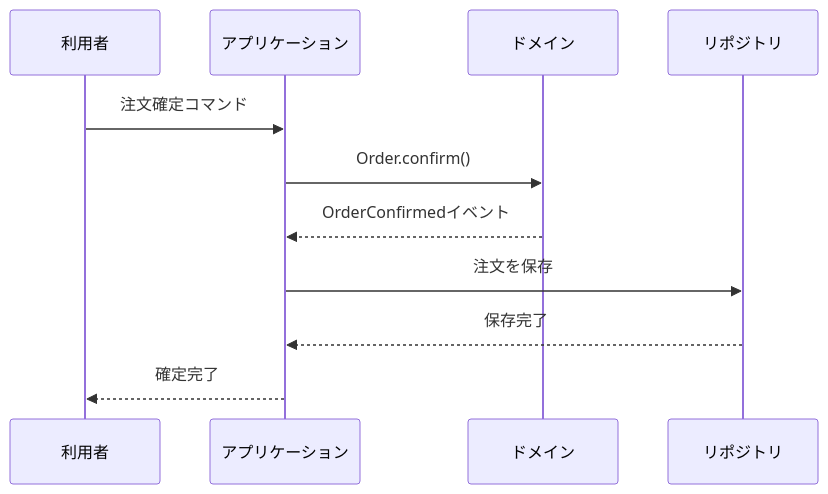
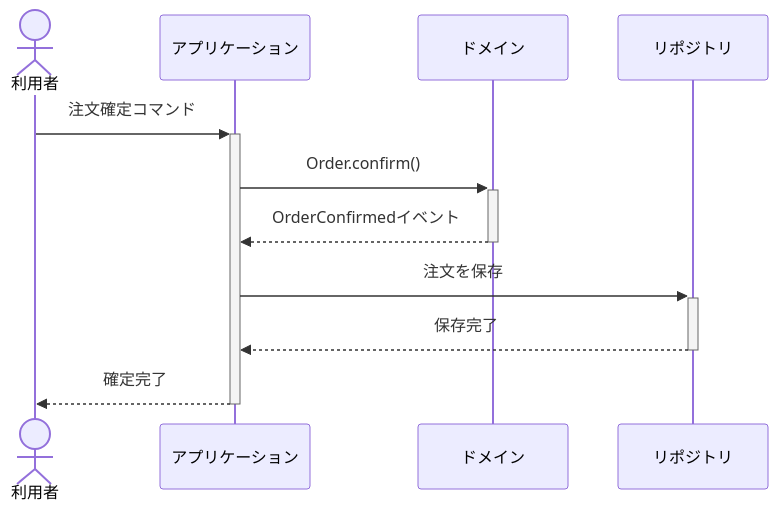
The sixth of 8 diagrams in .claude/skills/mermaid-guide/references/pattern-sequence.md (daidaiiro-519/has-udd), drawn with Mermaid before and after one commit. The commit also changed other lines of this file and 26 other files, not shown here.

````diff
--- a/.claude/skills/mermaid-guide/references/pattern-sequence.md
+++ b/.claude/skills/mermaid-guide/references/pattern-sequence.md
@@ -49,14 +331,14 @@
 ```mermaid
 sequenceDiagram
-    participant U as 利用者
+    actor U as 利用者
     participant App as アプリケーション
     participant Domain as ドメイン
     participant DB as リポジトリ
 
-    U->>App: 注文確定コマンド
-    App->>Domain: Order.confirm()
-    Domain-->>App: OrderConfirmedイベント
-    App->>DB: 注文を保存
-    DB-->>App: 保存完了
-    App-->>U: 確定完了
+    U->>+App: 注文確定コマンド
+    App->>+Domain: Order.confirm()
+    Domain-->>-App: OrderConfirmedイベント
+    App->>+DB: 注文を保存
+    DB-->>-App: 保存完了
+    App-->>-U: 確定完了
 ```
````
